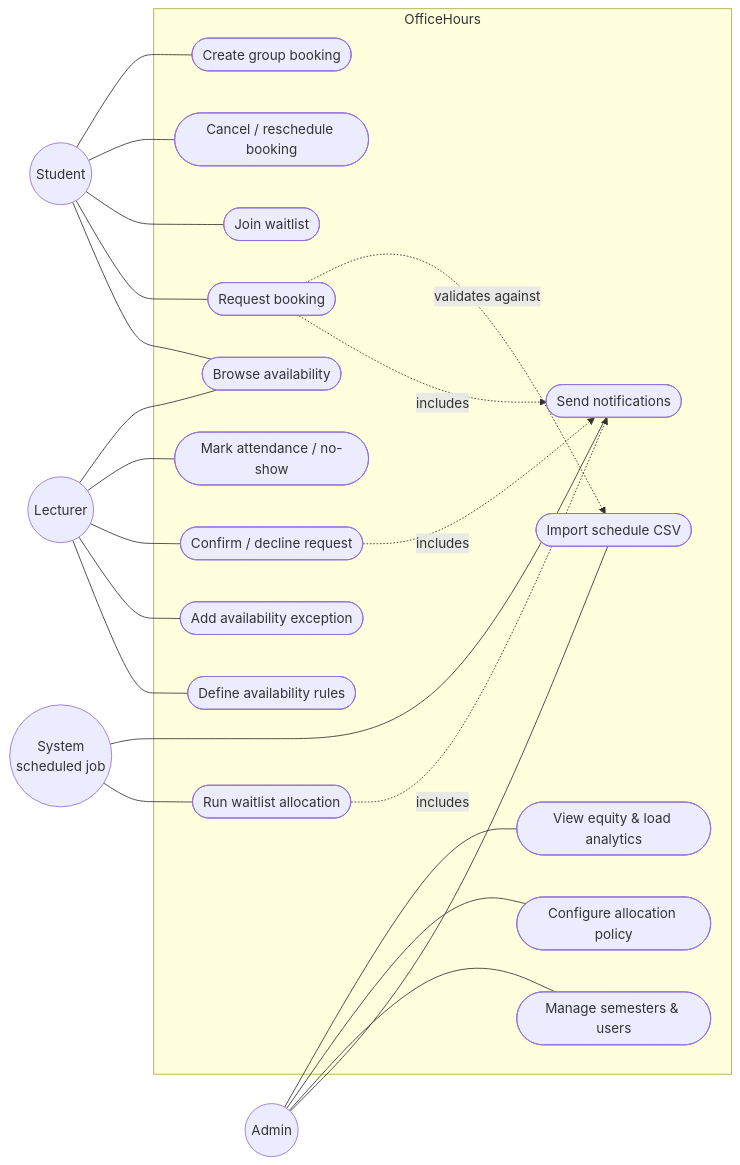
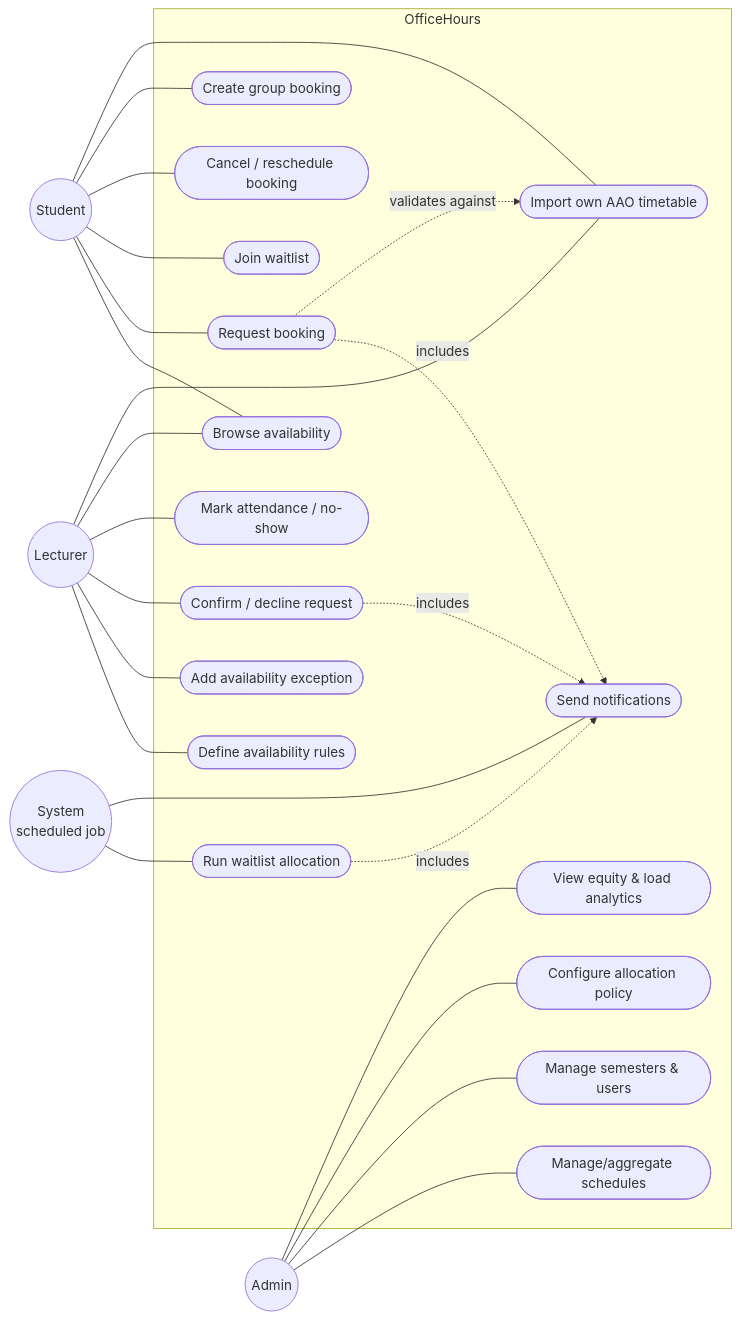
The first of 7 diagrams in docs/capstone-officehours-plan.md (thien-0408/office-hours), drawn with Mermaid before and after one commit. The commit also changed other lines of this file and 9 other files, not shown here.

````diff
--- a/docs/capstone-officehours-plan.md
+++ b/docs/capstone-officehours-plan.md
@@ -107,50 +107,53 @@
 ```mermaid
 graph LR
     student((Student))
     lecturer((Lecturer))
     admin((Admin))
     system((System<br/>scheduled job))
 
     subgraph OfficeHours
         uc1(["Browse availability"])
         uc2(["Request booking"])
         uc3(["Join waitlist"])
         uc4(["Cancel / reschedule booking"])
         uc5(["Create group booking"])
         uc6(["Define availability rules"])
         uc7(["Add availability exception"])
         uc8(["Confirm / decline request"])
         uc9(["Mark attendance / no-show"])
-        uc10(["Import schedule CSV"])
+        uc10(["Import own AAO timetable"])
+        uc10b(["Manage/aggregate schedules"])
         uc11(["Manage semesters & users"])
         uc12(["Configure allocation policy"])
         uc13(["View equity & load analytics"])
         uc14(["Run waitlist allocation"])
         uc15(["Send notifications"])
     end
 
     student --- uc1
     student --- uc2
     student --- uc3
     student --- uc4
     student --- uc5
+    student --- uc10
 
     lecturer --- uc6
     lecturer --- uc7
     lecturer --- uc8
     lecturer --- uc9
     lecturer --- uc1
+    lecturer --- uc10
 
-    admin --- uc10
+    admin --- uc10b
     admin --- uc11
     admin --- uc12
     admin --- uc13
 
     system --- uc14
     system --- uc15
 
     uc2 -.includes.-> uc15
     uc8 -.includes.-> uc15
     uc14 -.includes.-> uc15
     uc2 -.validates against.-> uc10
 ```
````
